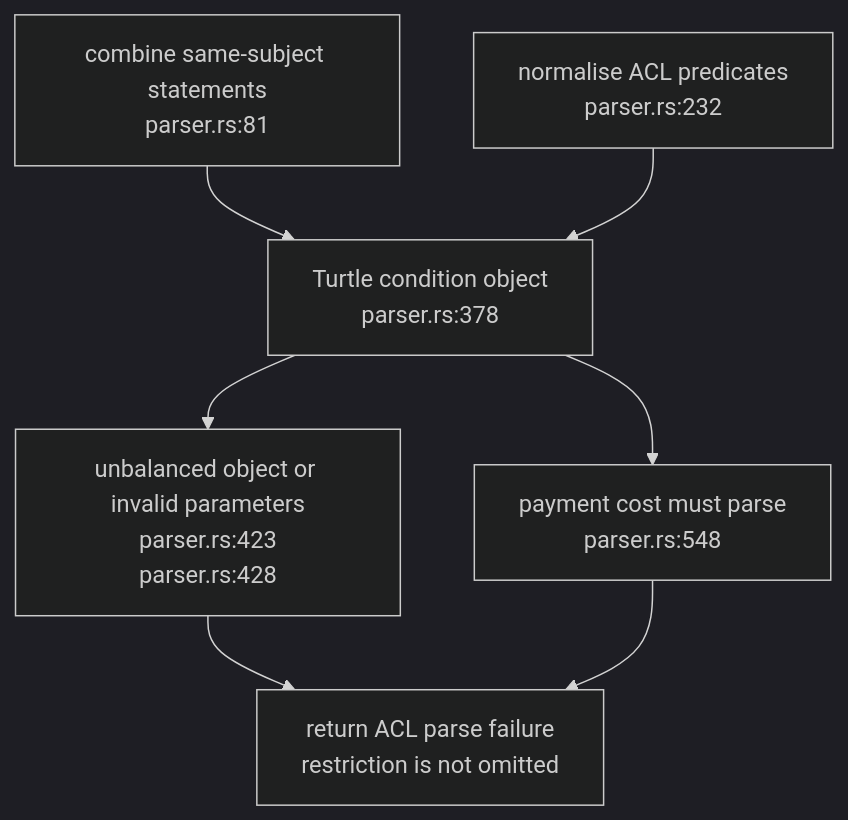
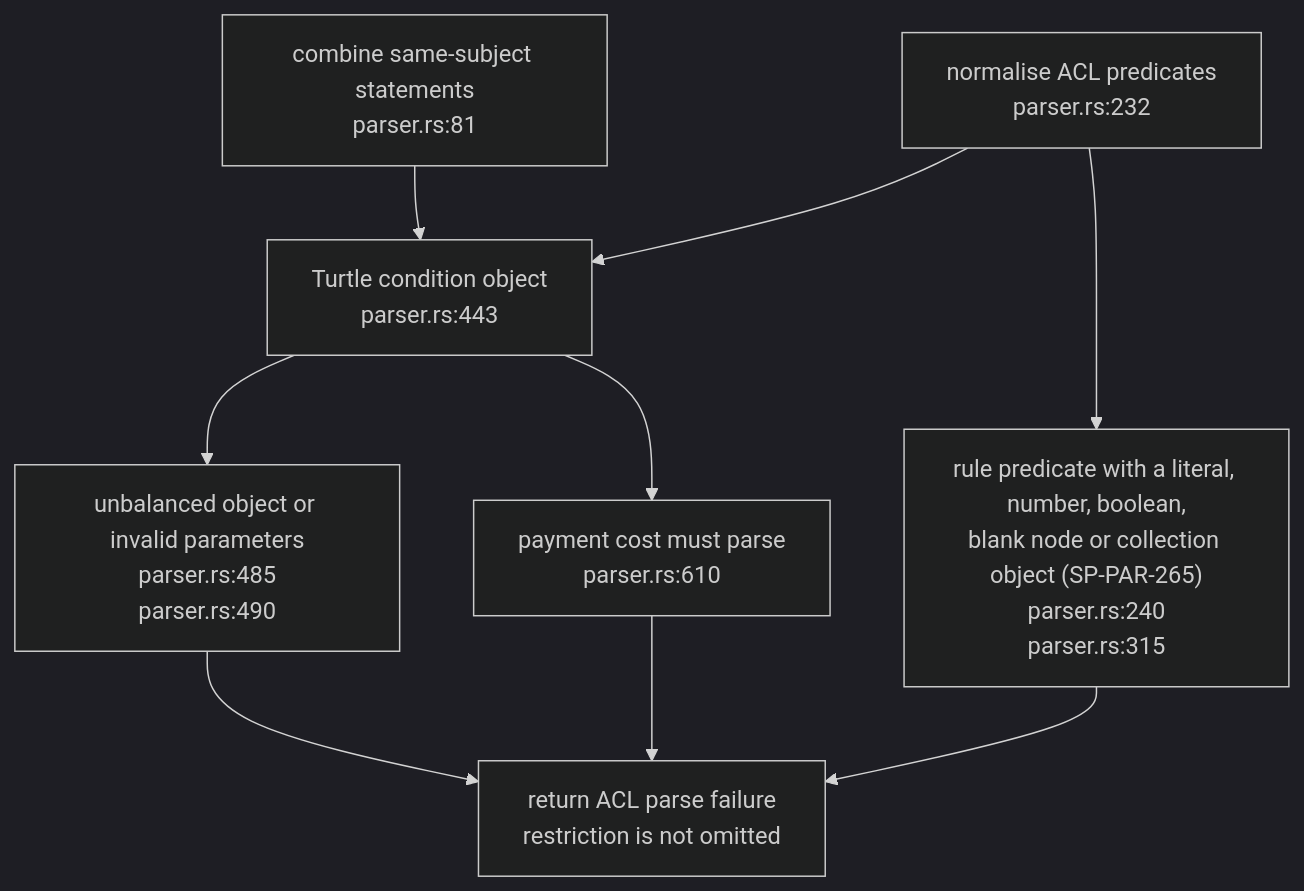
One commit to DreamLab-AI/VisionFlow changed the first of 5 diagrams in docs/diagrams/solid-pod-rs/15-authority-and-payment-repairs.md. Above: the diagram before and after it, drawn with Mermaid (dark theme). The commit also changed other lines of this file and 2 other files, not shown here.

First line of the commit message:
docs(diagrams): SP-07, SP-10, SP-15 re-verified at solid-pod-rs a28a748

````diff
--- a/docs/diagrams/solid-pod-rs/15-authority-and-payment-repairs.md
+++ b/docs/diagrams/solid-pod-rs/15-authority-and-payment-repairs.md
@@ -27,11 +27,12 @@
 ```mermaid
 flowchart TB
-    CONDITION["Turtle condition object<br/>parser.rs:378"]
-    BROKEN["unbalanced object or invalid parameters<br/>parser.rs:423<br/>parser.rs:428"]
-    COST["payment cost must parse<br/>parser.rs:548"]
+    CONDITION["Turtle condition object<br/>parser.rs:443"]
+    BROKEN["unbalanced object or invalid parameters<br/>parser.rs:485<br/>parser.rs:490"]
+    COST["payment cost must parse<br/>parser.rs:610"]
     DENY["return ACL parse failure<br/>restriction is not omitted"]
     SUBJECT["combine same-subject statements<br/>parser.rs:81"] --> CONDITION
     SCHEME["normalise ACL predicates<br/>parser.rs:232"] --> CONDITION
+    SCHEME --> NONIRI["rule predicate with a literal, number, boolean,<br/>blank node or collection object (SP-PAR-265)<br/>parser.rs:240<br/>parser.rs:315"] --> DENY
     CONDITION --> BROKEN --> DENY
     CONDITION --> COST --> DENY
 ```
````
